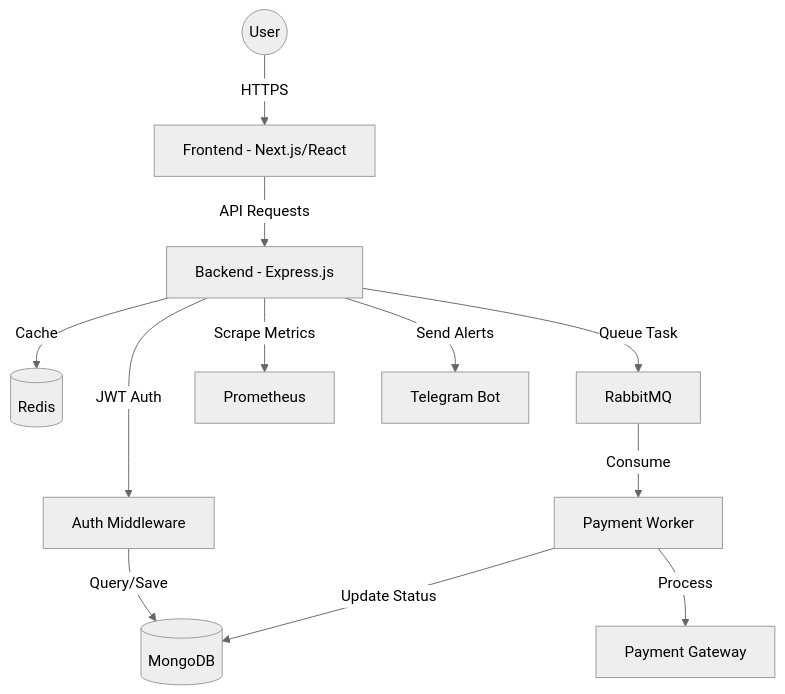
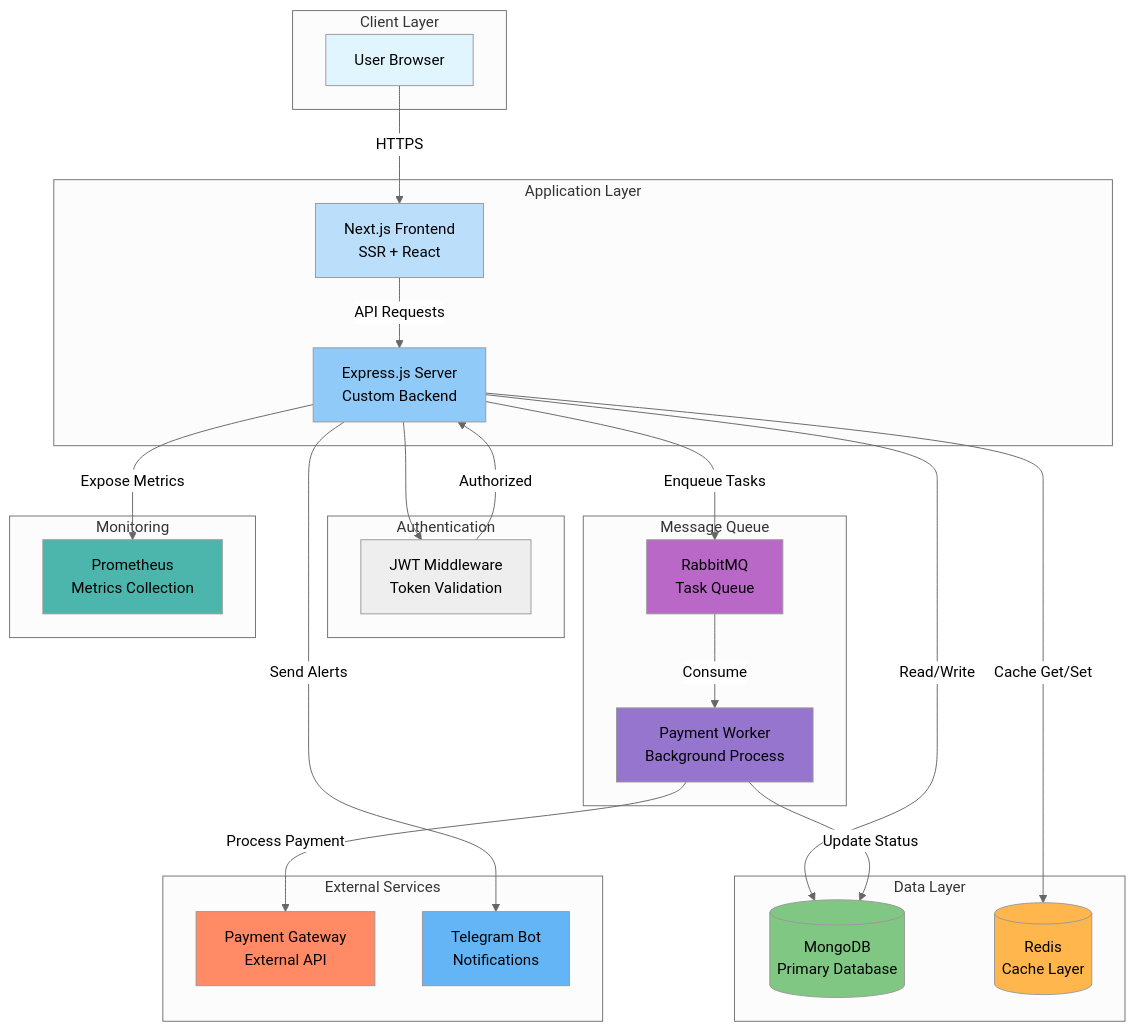
The first of 7 diagrams in README.md (Gauravmrjatt/instant-panel), drawn with Mermaid (neutral theme) before and after one commit. The commit also changed other lines of this file and 5 other files, not shown here.

````diff
--- a/README.md
+++ b/README.md
@@ -36,14 +22,58 @@
 ```mermaid
-graph TD
-    User((User)) -->|HTTPS| Frontend[Frontend - Next.js/React]
-    Frontend -->|API Requests| Backend[Backend - Express.js]
-    Backend -->|JWT Auth| Middleware[Auth Middleware]
-    Middleware -->|Query/Save| DB[(MongoDB)]
-    Backend -->|Cache| Redis[(Redis)]
-    Backend -->|Queue Task| RMQ[RabbitMQ]
-    RMQ -->|Consume| Worker[Payment Worker]
-    Worker -->|Update Status| DB
-    Worker -->|Process| Gateway[Payment Gateway]
-    Backend -->|Scrape Metrics| Prom[Prometheus]
-    Backend -->|Send Alerts| TG[Telegram Bot]
+graph TB
+    subgraph "Client Layer"
+        User[User Browser]
+    end
+    
+    subgraph "Application Layer"
+        Frontend[Next.js Frontend<br/>SSR + React]
+        Express[Express.js Server<br/>Custom Backend]
+    end
+    
+    subgraph "Authentication"
+        JWT[JWT Middleware<br/>Token Validation]
+    end
+    
+    subgraph "Data Layer"
+        MongoDB[(MongoDB<br/>Primary Database)]
+        Redis[(Redis<br/>Cache Layer)]
+    end
+    
+    subgraph "Message Queue"
+        RabbitMQ[RabbitMQ<br/>Task Queue]
+        Worker[Payment Worker<br/>Background Process]
+    end
+    
+    subgraph "External Services"
+        Gateway[Payment Gateway<br/>External API]
+        Telegram[Telegram Bot<br/>Notifications]
+    end
+    
+    subgraph "Monitoring"
+        Prometheus[Prometheus<br/>Metrics Collection]
+    end
+    
+    User -->|HTTPS| Frontend
+    Frontend -->|API Requests| Express
+    Express --> JWT
+    JWT -->|Authorized| Express
+    Express -->|Read/Write| MongoDB
+    Express -->|Cache Get/Set| Redis
+    Express -->|Enqueue Tasks| RabbitMQ
+    RabbitMQ -->|Consume| Worker
+    Worker -->|Update Status| MongoDB
+    Worker -->|Process Payment| Gateway
+    Express -->|Send Alerts| Telegram
+    Express -->|Expose Metrics| Prometheus
+    
+    style User fill:#e1f5ff
+    style Frontend fill:#bbdefb
+    style Express fill:#90caf9
+    style MongoDB fill:#81c784
+    style Redis fill:#ffb74d
+    style RabbitMQ fill:#ba68c8
+    style Worker fill:#9575cd
+    style Gateway fill:#ff8a65
+    style Telegram fill:#64b5f6
+    style Prometheus fill:#4db6ac
 ```
````
